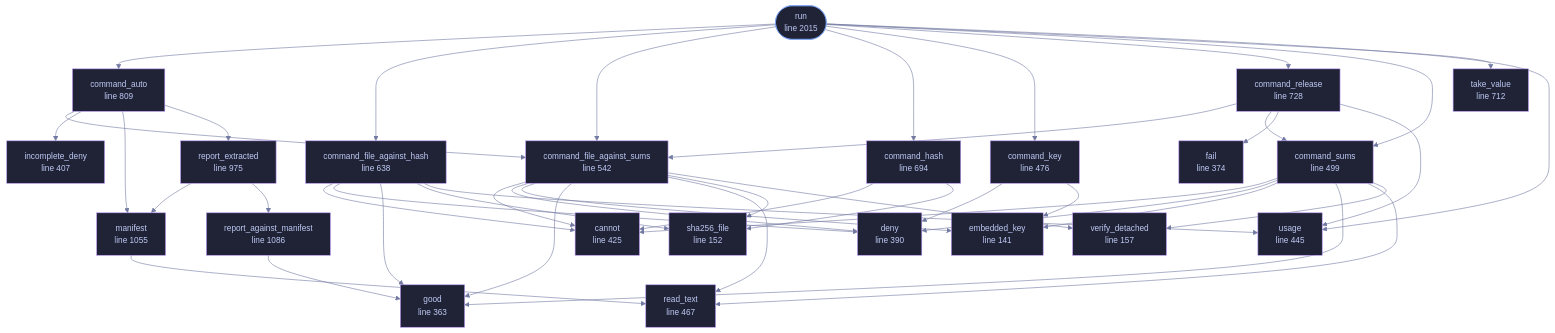
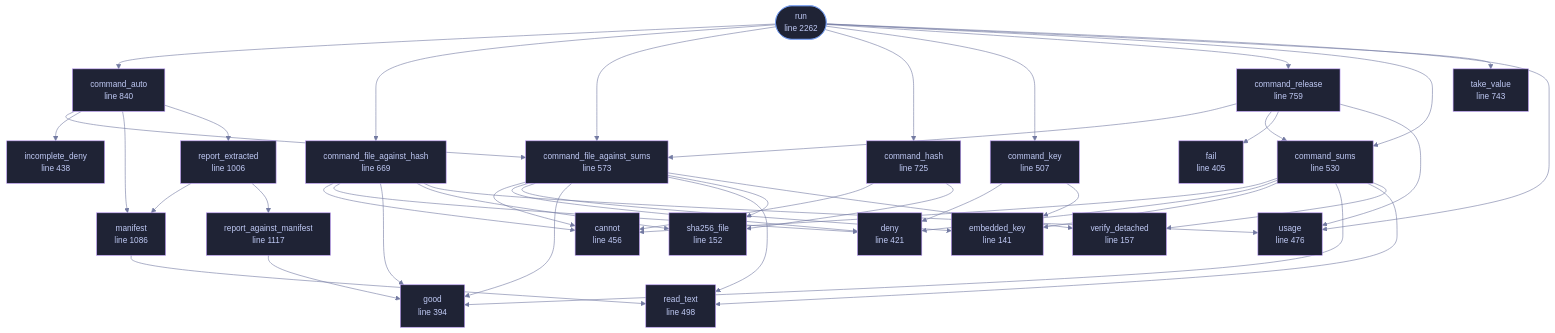
The diagram in docs/files/veilvoice-verify/lib.md (tilas01/veilvoice), drawn with Mermaid before and after one commit. The commit also changed other lines of this file and 40 other files, not shown here.

```diff
--- a/docs/files/veilvoice-verify/lib.md
+++ b/docs/files/veilvoice-verify/lib.md
@@ -115,25 +115,25 @@
     n_embedded_key["embedded_key<br/>line 141"]
     n_sha256_file["sha256_file<br/>line 152"]
     n_verify_detached["verify_detached<br/>line 157"]
-    n_good["good<br/>line 363"]
-    n_fail["fail<br/>line 374"]
-    n_deny["deny<br/>line 390"]
-    n_incomplete_deny["incomplete_deny<br/>line 407"]
-    n_cannot["cannot<br/>line 425"]
-    n_usage["usage<br/>line 445"]
-    n_read_text["read_text<br/>line 467"]
-    n_command_key["command_key<br/>line 476"]
-    n_command_sums["command_sums<br/>line 499"]
-    n_command_file_against_sums["command_file_against_sums<br/>line 542"]
-    n_command_file_against_hash["command_file_against_hash<br/>line 638"]
-    n_command_hash["command_hash<br/>line 694"]
-    n_take_value["take_value<br/>line 712"]
-    n_command_release["command_release<br/>line 728"]
-    n_command_auto["command_auto<br/>line 809"]
-    n_report_extracted["report_extracted<br/>line 975"]
-    n_manifest["manifest<br/>line 1055"]
-    n_report_against_manifest["report_against_manifest<br/>line 1086"]
-    n_run(["run<br/>line 2015"])
+    n_good["good<br/>line 394"]
+    n_fail["fail<br/>line 405"]
+    n_deny["deny<br/>line 421"]
+    n_incomplete_deny["incomplete_deny<br/>line 438"]
+    n_cannot["cannot<br/>line 456"]
+    n_usage["usage<br/>line 476"]
+    n_read_text["read_text<br/>line 498"]
+    n_command_key["command_key<br/>line 507"]
+    n_command_sums["command_sums<br/>line 530"]
+    n_command_file_against_sums["command_file_against_sums<br/>line 573"]
+    n_command_file_against_hash["command_file_against_hash<br/>line 669"]
+    n_command_hash["command_hash<br/>line 725"]
+    n_take_value["take_value<br/>line 743"]
+    n_command_release["command_release<br/>line 759"]
+    n_command_auto["command_auto<br/>line 840"]
+    n_report_extracted["report_extracted<br/>line 1006"]
+    n_manifest["manifest<br/>line 1086"]
+    n_report_against_manifest["report_against_manifest<br/>line 1117"]
+    n_run(["run<br/>line 2262"])
     n_command_auto --> n_command_file_against_sums
     n_command_auto --> n_incomplete_deny
     n_command_auto --> n_manifest
@@ -180,25 +180,25 @@
     click n_embedded_key href "https://github.com/tilas01/veilvoice/blob/main/crates/veilvoice-verify/src/lib.rs#L141" "open the source"
     click n_sha256_file href "https://github.com/tilas01/veilvoice/blob/main/crates/veilvoice-verify/src/lib.rs#L152" "open the source"
     click n_verify_detached href "https://github.com/tilas01/veilvoice/blob/main/crates/veilvoice-verify/src/lib.rs#L157" "open the source"
-    click n_good href "https://github.com/tilas01/veilvoice/blob/main/crates/veilvoice-verify/src/lib.rs#L363" "open the source"
-    click n_fail href "https://github.com/tilas01/veilvoice/blob/main/crates/veilvoice-verify/src/lib.rs#L374" "open the source"
-    click n_deny href "https://github.com/tilas01/veilvoice/blob/main/crates/veilvoice-verify/src/lib.rs#L390" "open the source"
-    click n_incomplete_deny href "https://github.com/tilas01/veilvoice/blob/main/crates/veilvoice-verify/src/lib.rs#L407" "open the source"
-    click n_cannot href "https://github.com/tilas01/veilvoice/blob/main/crates/veilvoice-verify/src/lib.rs#L425" "open the source"
-    click n_usage href "https://github.com/tilas01/veilvoice/blob/main/crates/veilvoice-verify/src/lib.rs#L445" "open the source"
-    click n_read_text href "https://github.com/tilas01/veilvoice/blob/main/crates/veilvoice-verify/src/lib.rs#L467" "open the source"
-    click n_command_key href "https://github.com/tilas01/veilvoice/blob/main/crates/veilvoice-verify/src/lib.rs#L476" "open the source"
-    click n_command_sums href "https://github.com/tilas01/veilvoice/blob/main/crates/veilvoice-verify/src/lib.rs#L499" "open the source"
-    click n_command_file_against_sums href "https://github.com/tilas01/veilvoice/blob/main/crates/veilvoice-verify/src/lib.rs#L542" "open the source"
-    click n_command_file_against_hash href "https://github.com/tilas01/veilvoice/blob/main/crates/veilvoice-verify/src/lib.rs#L638" "open the source"
-    click n_command_hash href "https://github.com/tilas01/veilvoice/blob/main/crates/veilvoice-verify/src/lib.rs#L694" "open the source"
-    click n_take_value href "https://github.com/tilas01/veilvoice/blob/main/crates/veilvoice-verify/src/lib.rs#L712" "open the source"
-    click n_command_release href "https://github.com/tilas01/veilvoice/blob/main/crates/veilvoice-verify/src/lib.rs#L728" "open the source"
-    click n_command_auto href "https://github.com/tilas01/veilvoice/blob/main/crates/veilvoice-verify/src/lib.rs#L809" "open the source"
-    click n_report_extracted href "https://github.com/tilas01/veilvoice/blob/main/crates/veilvoice-verify/src/lib.rs#L975" "open the source"
-    click n_manifest href "https://github.com/tilas01/veilvoice/blob/main/crates/veilvoice-verify/src/lib.rs#L1055" "open the source"
-    click n_report_against_manifest href "https://github.com/tilas01/veilvoice/blob/main/crates/veilvoice-verify/src/lib.rs#L1086" "open the source"
-    click n_run href "https://github.com/tilas01/veilvoice/blob/main/crates/veilvoice-verify/src/lib.rs#L2015" "open the source"
+    click n_good href "https://github.com/tilas01/veilvoice/blob/main/crates/veilvoice-verify/src/lib.rs#L394" "open the source"
+    click n_fail href "https://github.com/tilas01/veilvoice/blob/main/crates/veilvoice-verify/src/lib.rs#L405" "open the source"
+    click n_deny href "https://github.com/tilas01/veilvoice/blob/main/crates/veilvoice-verify/src/lib.rs#L421" "open the source"
+    click n_incomplete_deny href "https://github.com/tilas01/veilvoice/blob/main/crates/veilvoice-verify/src/lib.rs#L438" "open the source"
+    click n_cannot href "https://github.com/tilas01/veilvoice/blob/main/crates/veilvoice-verify/src/lib.rs#L456" "open the source"
+    click n_usage href "https://github.com/tilas01/veilvoice/blob/main/crates/veilvoice-verify/src/lib.rs#L476" "open the source"
+    click n_read_text href "https://github.com/tilas01/veilvoice/blob/main/crates/veilvoice-verify/src/lib.rs#L498" "open the source"
+    click n_command_key href "https://github.com/tilas01/veilvoice/blob/main/crates/veilvoice-verify/src/lib.rs#L507" "open the source"
+    click n_command_sums href "https://github.com/tilas01/veilvoice/blob/main/crates/veilvoice-verify/src/lib.rs#L530" "open the source"
+    click n_command_file_against_sums href "https://github.com/tilas01/veilvoice/blob/main/crates/veilvoice-verify/src/lib.rs#L573" "open the source"
+    click n_command_file_against_hash href "https://github.com/tilas01/veilvoice/blob/main/crates/veilvoice-verify/src/lib.rs#L669" "open the source"
+    click n_command_hash href "https://github.com/tilas01/veilvoice/blob/main/crates/veilvoice-verify/src/lib.rs#L725" "open the source"
+    click n_take_value href "https://github.com/tilas01/veilvoice/blob/main/crates/veilvoice-verify/src/lib.rs#L743" "open the source"
+    click n_command_release href "https://github.com/tilas01/veilvoice/blob/main/crates/veilvoice-verify/src/lib.rs#L759" "open the source"
+    click n_command_auto href "https://github.com/tilas01/veilvoice/blob/main/crates/veilvoice-verify/src/lib.rs#L840" "open the source"
+    click n_report_extracted href "https://github.com/tilas01/veilvoice/blob/main/crates/veilvoice-verify/src/lib.rs#L1006" "open the source"
+    click n_manifest href "https://github.com/tilas01/veilvoice/blob/main/crates/veilvoice-verify/src/lib.rs#L1086" "open the source"
+    click n_report_against_manifest href "https://github.com/tilas01/veilvoice/blob/main/crates/veilvoice-verify/src/lib.rs#L1117" "open the source"
+    click n_run href "https://github.com/tilas01/veilvoice/blob/main/crates/veilvoice-verify/src/lib.rs#L2262" "open the source"
     classDef entry fill:#1f2335,stroke:#7aa2f7,color:#c0caf5
     class n_run entry
     classDef helper fill:#1f2335,stroke:#bb9af7,color:#c0caf5
```
